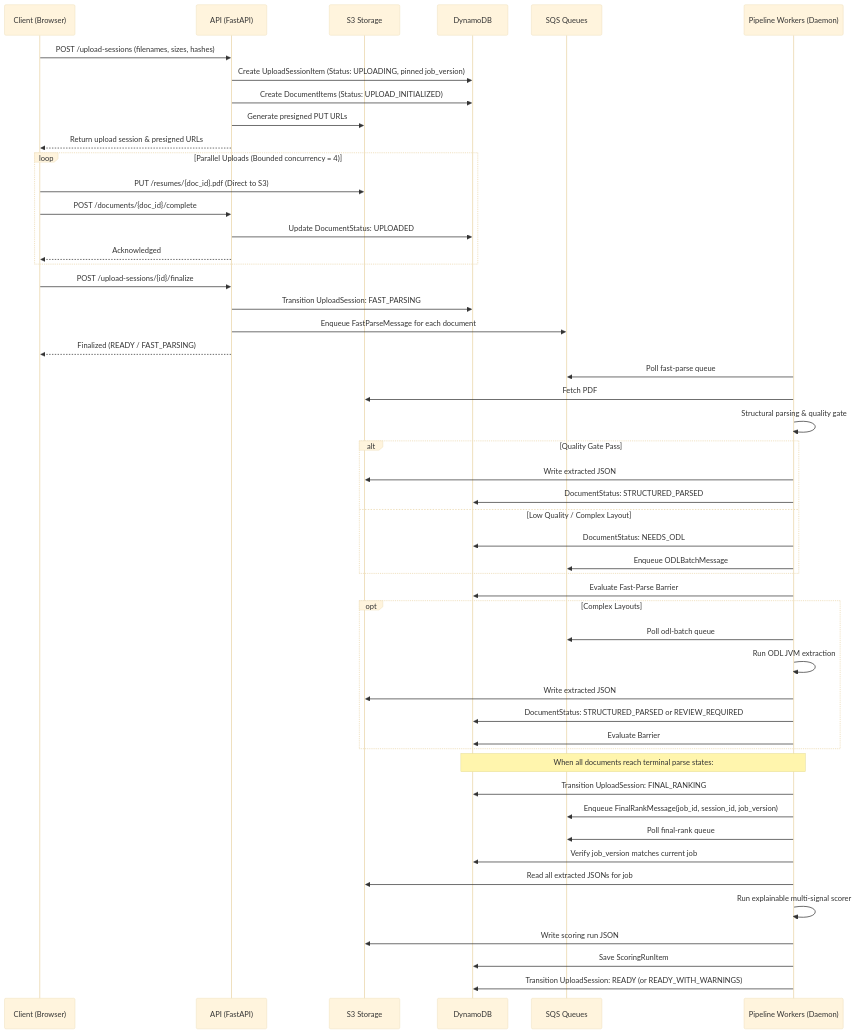
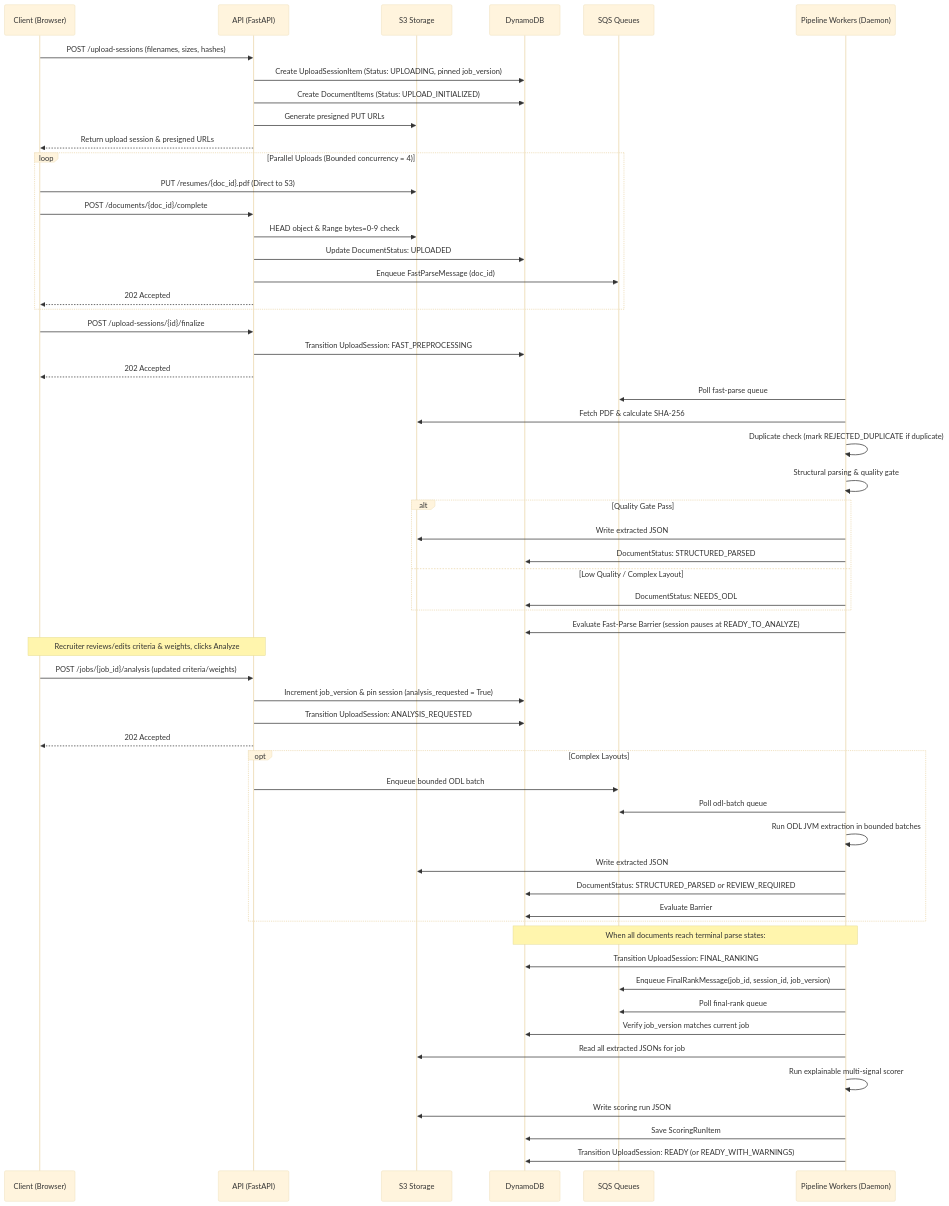
The diagram in docs/v2-release/ARCHITECTURE.md (SGOD-pro/resume_ranker), drawn with Mermaid (base theme) before and after one commit. The commit also changed other lines of this file and 42 other files, not shown here.

````diff
--- a/docs/v2-release/ARCHITECTURE.md
+++ b/docs/v2-release/ARCHITECTURE.md
@@ -49,64 +49,73 @@
 ```mermaid
 sequenceDiagram
     participant C as Client (Browser)
     participant A as API (FastAPI)
     participant S3 as S3 Storage
     participant DB as DynamoDB
     participant Q as SQS Queues
     participant W as Pipeline Workers (Daemon)
 
     %% 1. Direct Presigned Upload Session
     C->>A: POST /upload-sessions (filenames, sizes, hashes)
     A->>DB: Create UploadSessionItem (Status: UPLOADING, pinned job_version)
     A->>DB: Create DocumentItems (Status: UPLOAD_INITIALIZED)
     A->>S3: Generate presigned PUT URLs
     A-->>C: Return upload session & presigned URLs
 
     %% 2. Direct S3 Upload & Completion
     loop Parallel Uploads (Bounded concurrency = 4)
         C->>S3: PUT /resumes/{doc_id}.pdf (Direct to S3)
         C->>A: POST /documents/{doc_id}/complete
+        A->>S3: HEAD object & Range bytes=0-9 check
         A->>DB: Update DocumentStatus: UPLOADED
-        A-->>C: Acknowledged
+        A->>Q: Enqueue FastParseMessage (doc_id)
+        A-->>C: 202 Accepted
     end
 
-    %% 3. Finalize & Stage 1 Queueing
+    %% 3. Finalize & Fast Preprocessing
     C->>A: POST /upload-sessions/{id}/finalize
-    A->>DB: Transition UploadSession: FAST_PARSING
-    A->>Q: Enqueue FastParseMessage for each document
-    A-->>C: Finalized (READY / FAST_PARSING)
+    A->>DB: Transition UploadSession: FAST_PREPROCESSING
+    A-->>C: 202 Accepted
 
-    %% 4. Stage 1: Fast Parse Worker
+    %% 4. Stage 1: Fast Parse Worker & Barrier
     W->>Q: Poll fast-parse queue
-    W->>S3: Fetch PDF
+    W->>S3: Fetch PDF & calculate SHA-256
+    W->>W: Duplicate check (mark REJECTED_DUPLICATE if duplicate)
     W->>W: Structural parsing & quality gate
     alt Quality Gate Pass
         W->>S3: Write extracted JSON
         W->>DB: DocumentStatus: STRUCTURED_PARSED
     else Low Quality / Complex Layout
         W->>DB: DocumentStatus: NEEDS_ODL
-        W->>Q: Enqueue ODLBatchMessage
     end
-    W->>DB: Evaluate Fast-Parse Barrier
+    W->>DB: Evaluate Fast-Parse Barrier (session pauses at READY_TO_ANALYZE)
 
-    %% 5. Stage 2: ODL Fallback (if needed)
+    %% 5. Explicit Analysis Trigger
+    Note over C,A: Recruiter reviews/edits criteria & weights, clicks Analyze
+    C->>A: POST /jobs/{job_id}/analysis (updated criteria/weights)
+    A->>DB: Increment job_version & pin session (analysis_requested = True)
+    A->>DB: Transition UploadSession: ANALYSIS_REQUESTED
+    A-->>C: 202 Accepted
+
+    %% 6. Stage 2: ODL Fallback (if needed)
     opt Complex Layouts
+        A->>Q: Enqueue bounded ODL batch
         W->>Q: Poll odl-batch queue
-        W->>W: Run ODL JVM extraction
+        W->>W: Run ODL JVM extraction in bounded batches
         W->>S3: Write extracted JSON
         W->>DB: DocumentStatus: STRUCTURED_PARSED or REVIEW_REQUIRED
         W->>DB: Evaluate Barrier
     end
 
-    %% 6. Barrier Synchronization & Stage 3: Final Rank
+    %% 7. Barrier Synchronization & Stage 3: Final Rank
     Note over W,DB: When all documents reach terminal parse states:
     W->>DB: Transition UploadSession: FINAL_RANKING
     W->>Q: Enqueue FinalRankMessage(job_id, session_id, job_version)
     W->>Q: Poll final-rank queue
     W->>DB: Verify job_version matches current job
     W->>S3: Read all extracted JSONs for job
     W->>W: Run explainable multi-signal scorer
     W->>S3: Write scoring run JSON
     W->>DB: Save ScoringRunItem
     W->>DB: Transition UploadSession: READY (or READY_WITH_WARNINGS)
 ```
````
